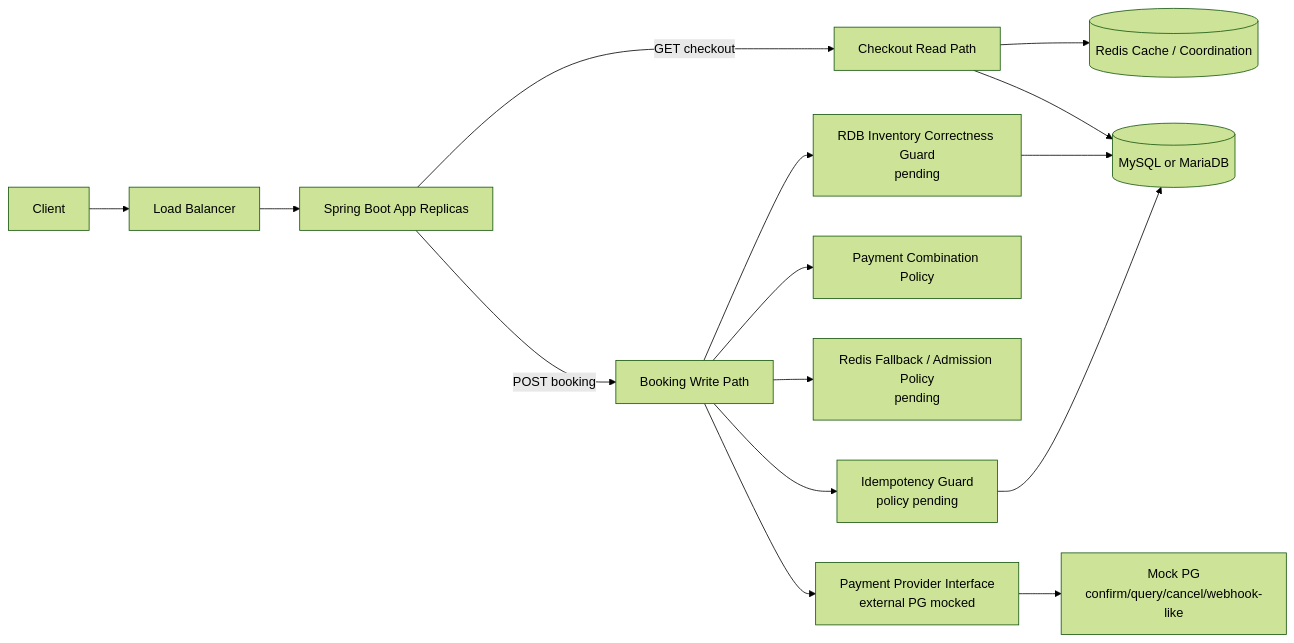
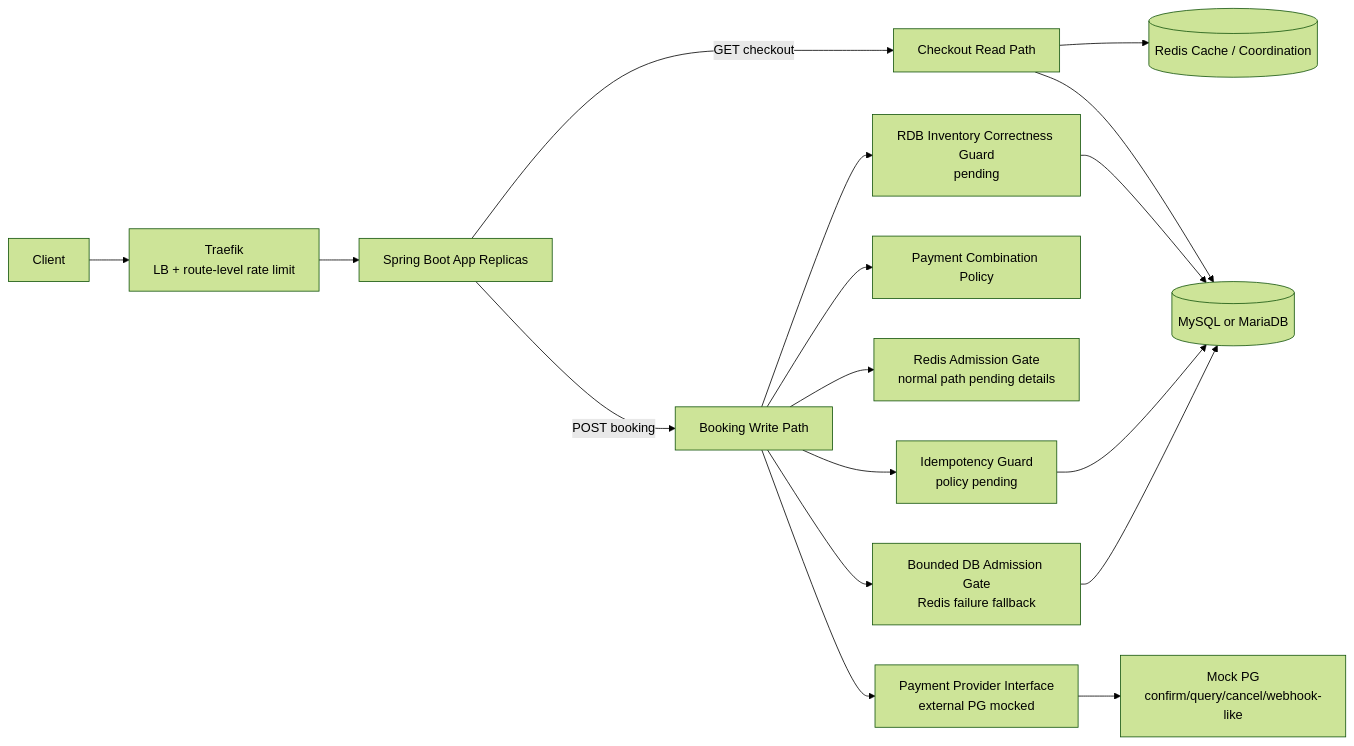
One commit to lsh1215/peak-booking-system changed the diagram in docs/system-design/mock-interview.md. Above: the diagram before and after it, drawn with Mermaid (forest theme). The commit also changed other lines of this file and 5 other files, not shown here.

First line of the commit message:
Record admission and fallback design decisions

````diff
--- a/docs/system-design/mock-interview.md
+++ b/docs/system-design/mock-interview.md
@@ -100,20 +101,22 @@
 ```mermaid
 flowchart LR
-    Client[Client] --> LB[Load Balancer]
+    Client[Client] --> LB[Traefik<br/>LB + route-level rate limit]
     LB --> App[Spring Boot App Replicas]
 
     App -->|GET checkout| Checkout[Checkout Read Path]
     Checkout --> Redis[(Redis Cache / Coordination)]
     Checkout --> RDB[(MySQL or MariaDB)]
 
     App -->|POST booking| Booking[Booking Write Path]
     Booking --> Idem[Idempotency Guard<br/>policy pending]
     Booking --> PaymentPolicy[Payment Combination Policy]
-    Booking --> RedisFallback[Redis Fallback / Admission Policy<br/>pending]
+    Booking --> RedisAdmission[Redis Admission Gate<br/>normal path pending details]
+    Booking --> DBAdmission[Bounded DB Admission Gate<br/>Redis failure fallback]
     Booking --> RDBGuard[RDB Inventory Correctness Guard<br/>pending]
     Booking --> PaymentPort[Payment Provider Interface<br/>external PG mocked]
     PaymentPort --> FakePG[Mock PG<br/>confirm/query/cancel/webhook-like]
 
     RDBGuard --> RDB
     Idem --> RDB
+    DBAdmission --> RDB
 ```
````
